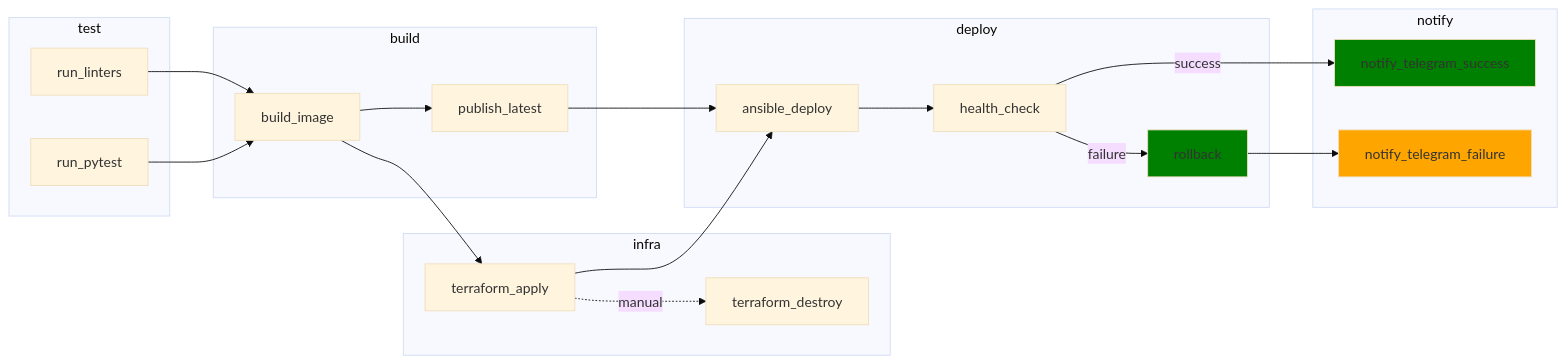
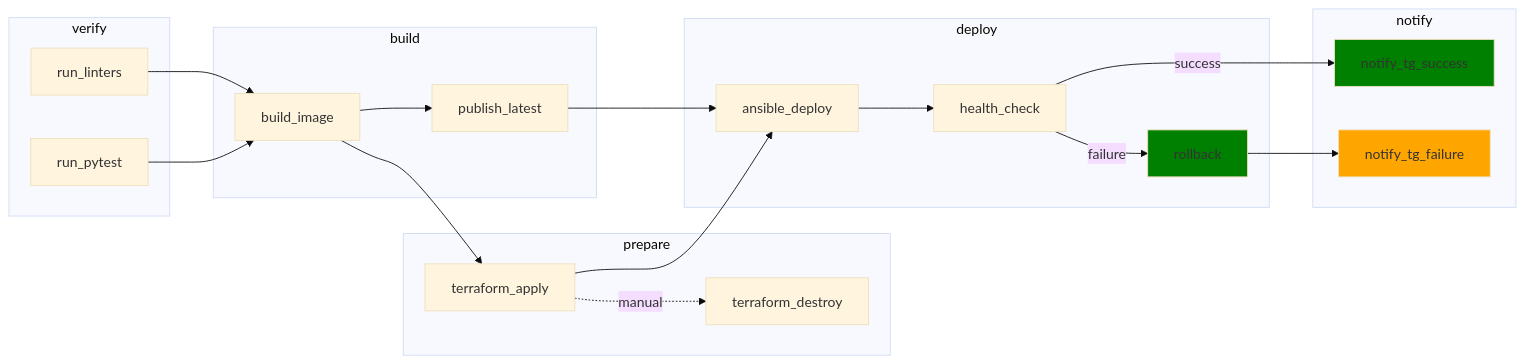
One commit to AlexeyKuzko/devops_diploma changed the diagram in README.md. Above: the diagram before and after it, drawn with Mermaid (base theme). The commit also changed other lines of this file and 41 other files, not shown here.

````diff
--- a/README.md
+++ b/README.md
@@ -43,44 +54,44 @@
 ```mermaid
 flowchart LR
-    subgraph Stage_Test ["test"]
+    subgraph Stage_Verify ["verify"]
         A1[run_linters]
         A2[run_pytest]
     end
 
     subgraph Stage_Build ["build"]
         B1[build_image]
         B2[publish_latest]
     end
 
-    subgraph Stage_Infra ["infra"]
+    subgraph Stage_Prepare ["prepare"]
         C1[terraform_apply]
         C2[terraform_destroy]
     end
 
     subgraph Stage_Deploy ["deploy"]
         D1[ansible_deploy]
         D2[health_check]
         D3[rollback]
     end
 
     subgraph Stage_Notify ["notify"]
-        E1[notify_telegram_success]
-        E2[notify_telegram_failure]
+        E1[notify_tg_success]
+        E2[notify_tg_failure]
     end
 
     A1 --> B1
     A2 --> B1
     B1 --> B2
     B1 --> C1
     B2 --> D1
     C1 -. manual .-> C2
     C1 --> D1
     D1 --> D2
     D2 -->|success| E1
     D2 -->|failure| D3
     D3 --> E2
 
     style D3 fill:green
     style E1 fill:green
     style E2 fill:orange
 ```
````
